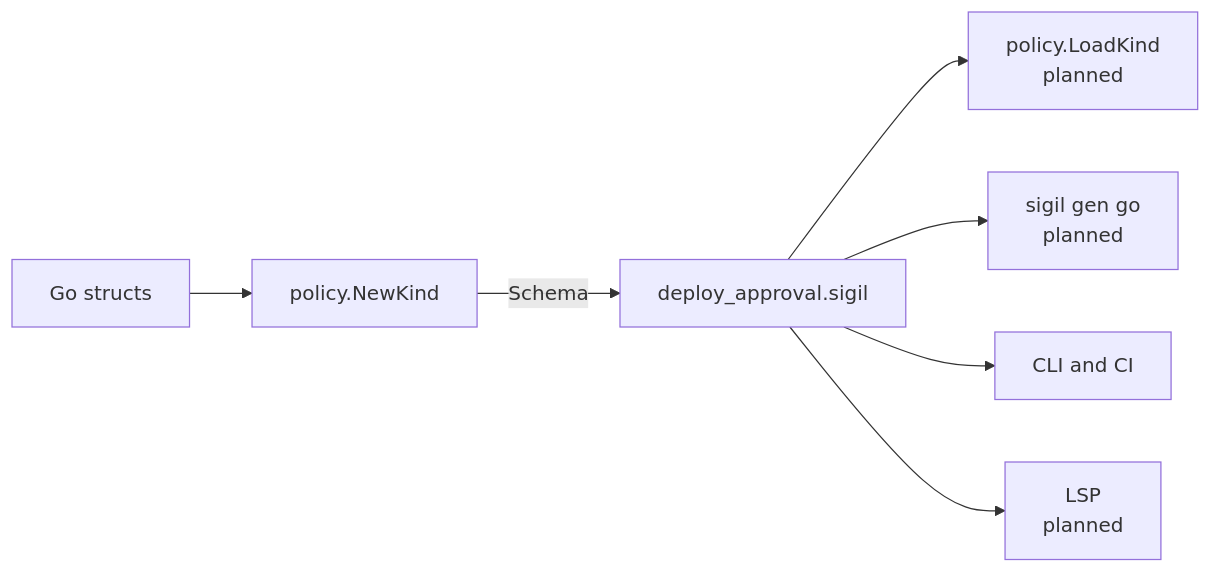
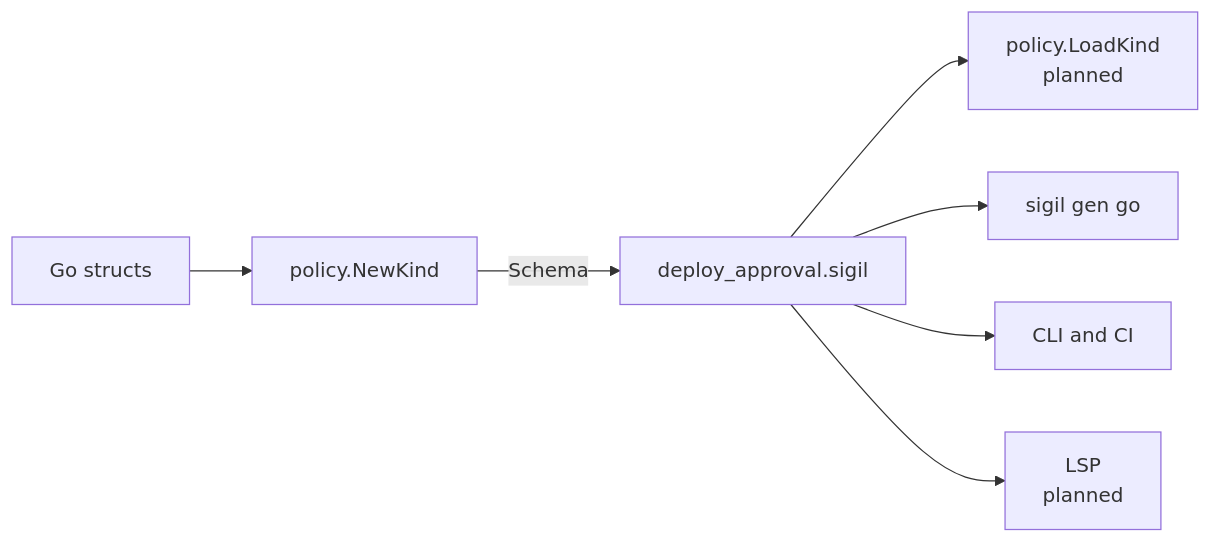
Before and after one commit to SpechtLabs/sigil: the diagram in docs/understanding/kinds.md, drawn with Mermaid. The commit also changed other lines of this file and 52 other files, not shown here.

Commit message:
feat(cli): generate typed Go code from a kind file with sigil gen go (#200)

````diff
--- a/docs/understanding/kinds.md
+++ b/docs/understanding/kinds.md
@@ -16,9 +16,9 @@
 ```mermaid
 flowchart LR
   A[Go structs] --> B[policy.NewKind]
   B -- Schema --> C[deploy_approval.sigil]
   C --> D[policy.LoadKind<br/>planned]
-  C --> E[sigil gen go<br/>planned]
+  C --> E[sigil gen go]
   C --> F[CLI and CI]
   C --> G[LSP<br/>planned]
 ```
````
